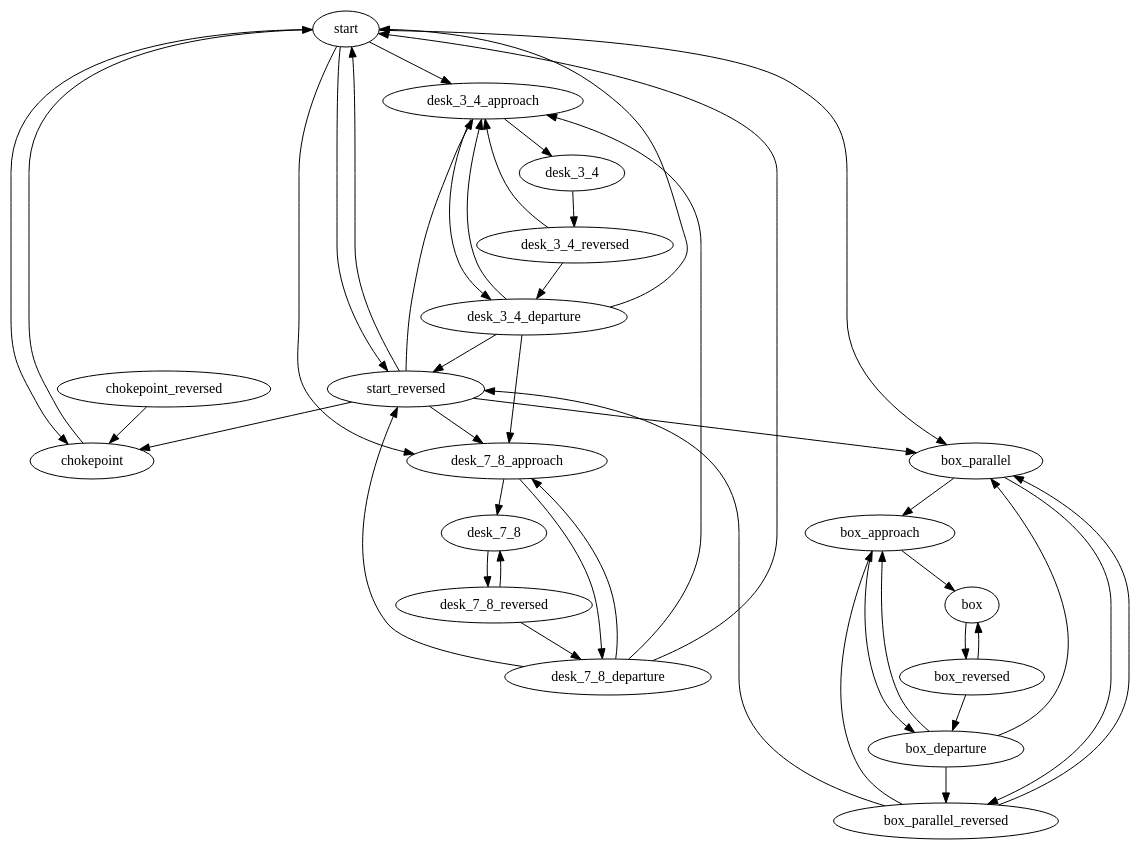
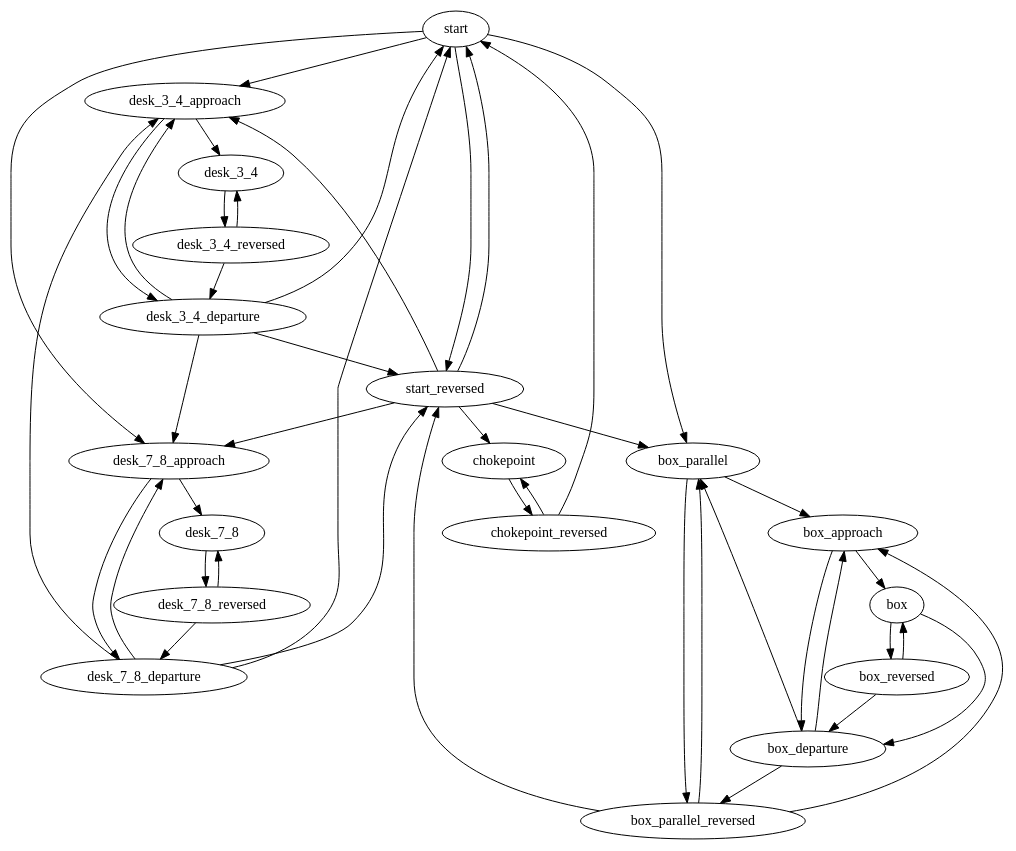
The diagram in salmon/waypoints/map.gv (ben5049/magni_robot), drawn with Graphviz before and after one commit. The commit also changed 3 other files, not shown here.

Commit message:
Tidied up positions graph

```diff
--- a/salmon/waypoints/map.gv
+++ b/salmon/waypoints/map.gv
@@ -1,63 +1,64 @@
 digraph map {
 	start
-	start -> chokepoint
 	start -> desk_3_4_approach
 	start -> desk_7_8_approach
 	start -> box_parallel
 	start -> start_reversed
 	start_reversed
 	start_reversed -> chokepoint
 	start_reversed -> desk_3_4_approach
 	start_reversed -> desk_7_8_approach
 	start_reversed -> box_parallel
 	start_reversed -> start
 	chokepoint
-	chokepoint -> start
+	chokepoint -> chokepoint_reversed
 	chokepoint_reversed
 	chokepoint_reversed -> chokepoint
+	chokepoint_reversed -> start
 	desk_3_4_approach
 	desk_3_4_approach -> desk_3_4
 	desk_3_4_approach -> desk_3_4_departure
 	desk_3_4
 	desk_3_4 -> desk_3_4_reversed
 	desk_3_4_reversed
 	desk_3_4_reversed -> desk_3_4_departure
-	desk_3_4_reversed -> desk_3_4_approach
+	desk_3_4_reversed -> desk_3_4
 	desk_3_4_departure
 	desk_3_4_departure -> start
 	desk_3_4_departure -> desk_7_8_approach
 	desk_3_4_departure -> desk_3_4_approach
 	desk_3_4_departure -> start_reversed
 	desk_7_8_approach
 	desk_7_8_approach -> desk_7_8
 	desk_7_8_approach -> desk_7_8_departure
 	desk_7_8
 	desk_7_8 -> desk_7_8_reversed
 	desk_7_8_reversed
 	desk_7_8_reversed -> desk_7_8
 	desk_7_8_reversed -> desk_7_8_departure
 	desk_7_8_departure
 	desk_7_8_departure -> start
 	desk_7_8_departure -> desk_7_8_approach
 	desk_7_8_departure -> desk_3_4_approach
 	desk_7_8_departure -> start_reversed
 	box_parallel
 	box_parallel -> box_approach
 	box_parallel -> box_parallel_reversed
 	box_parallel_reversed
 	box_parallel_reversed -> box_approach
 	box_parallel_reversed -> box_parallel
 	box_parallel_reversed -> start_reversed
 	box_approach
 	box_approach -> box
 	box_approach -> box_departure
 	box
 	box -> box_reversed
+	box -> box_departure
 	box_reversed
 	box_reversed -> box
 	box_reversed -> box_departure
 	box_departure
 	box_departure -> box_approach
 	box_departure -> box_parallel
 	box_departure -> box_parallel_reversed
 }
```
